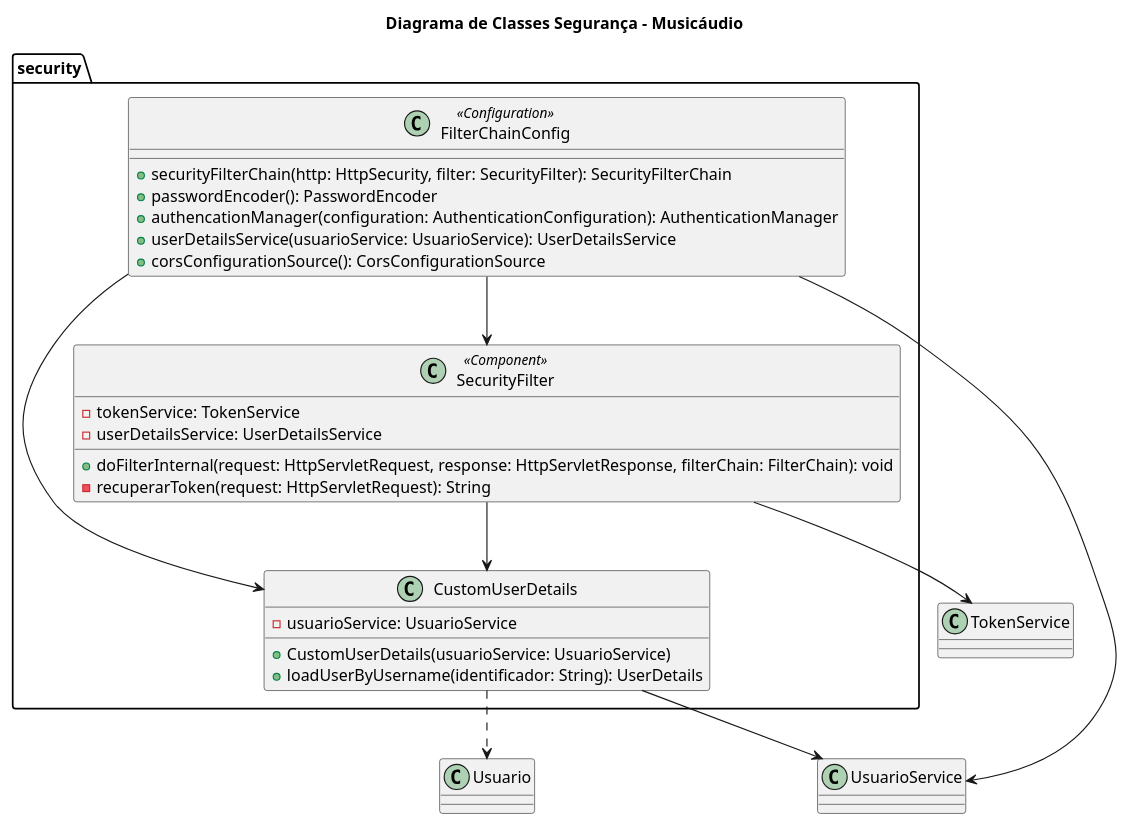
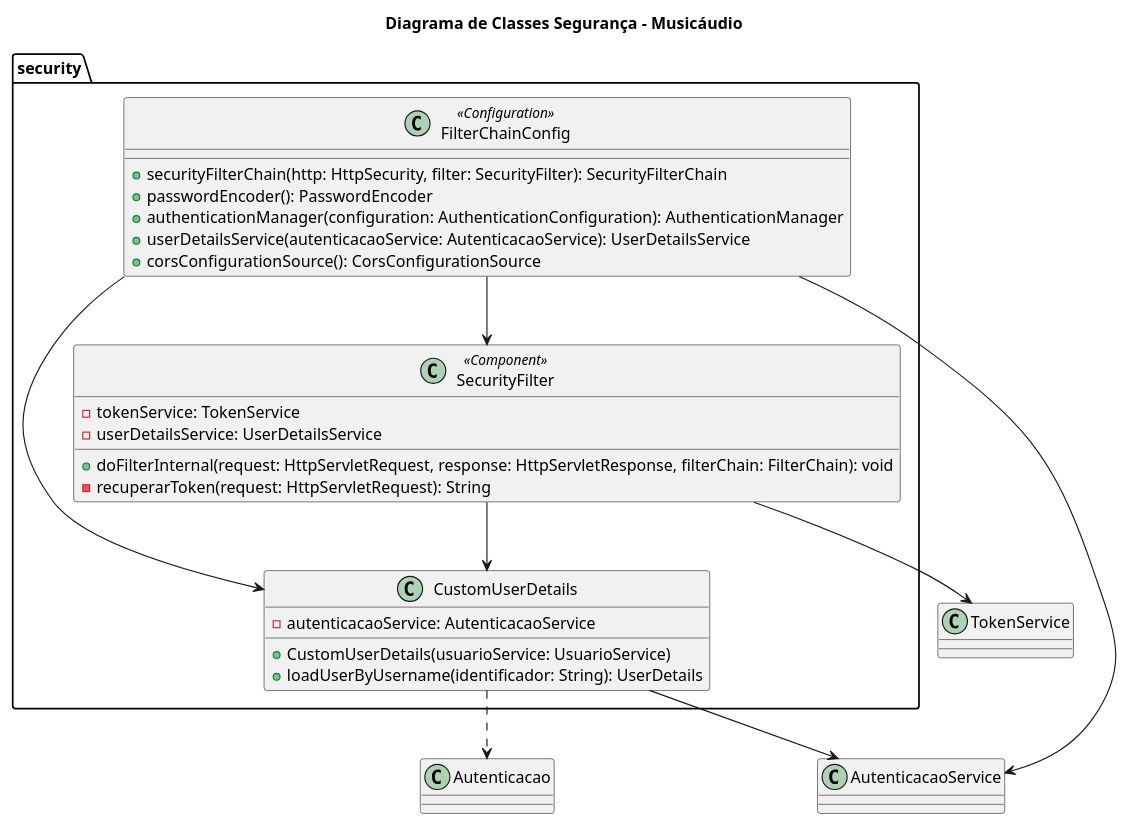
One commit to JorgeSkraba/Musicaudio_UML changed the diagram in Classe/BackEnd/Seguranca.puml. Above: the diagram before and after it, drawn with PlantUML. The commit also changed 6 other files, not shown here.

```diff
--- a/Classe/BackEnd/Seguranca.puml
+++ b/Classe/BackEnd/Seguranca.puml
@@ -1,41 +1,41 @@
 @startuml
 
 title Diagrama de Classes Segurança - Musicáudio
 
 package "security" {
 
     class CustomUserDetails {
-        -usuarioService: UsuarioService
+        -autenticacaoService: AutenticacaoService
         +CustomUserDetails(usuarioService: UsuarioService)
         +loadUserByUsername(identificador: String): UserDetails
     }
 
     class SecurityFilter <<Component>> {
         -tokenService: TokenService
         -userDetailsService: UserDetailsService
         +doFilterInternal(request: HttpServletRequest, response: HttpServletResponse, filterChain: FilterChain): void
         -recuperarToken(request: HttpServletRequest): String
     }
 
     class FilterChainConfig <<Configuration>> {
         +securityFilterChain(http: HttpSecurity, filter: SecurityFilter): SecurityFilterChain
         +passwordEncoder(): PasswordEncoder
-        +authencationManager(configuration: AuthenticationConfiguration): AuthenticationManager
-        +userDetailsService(usuarioService: UsuarioService): UserDetailsService
+        +authenticationManager(configuration: AuthenticationConfiguration): AuthenticationManager
+        +userDetailsService(autenticacaoService: AutenticacaoService): UserDetailsService
         +corsConfigurationSource(): CorsConfigurationSource
     }
 }
 
 ' Segurança
 
-CustomUserDetails --> UsuarioService
-CustomUserDetails ..> Usuario
+CustomUserDetails --> AutenticacaoService
+CustomUserDetails ..> Autenticacao
 
 SecurityFilter --> TokenService
 SecurityFilter --> CustomUserDetails
 
 FilterChainConfig --> SecurityFilter
 FilterChainConfig --> CustomUserDetails
-FilterChainConfig --> UsuarioService
+FilterChainConfig --> AutenticacaoService
 
 @enduml
```
